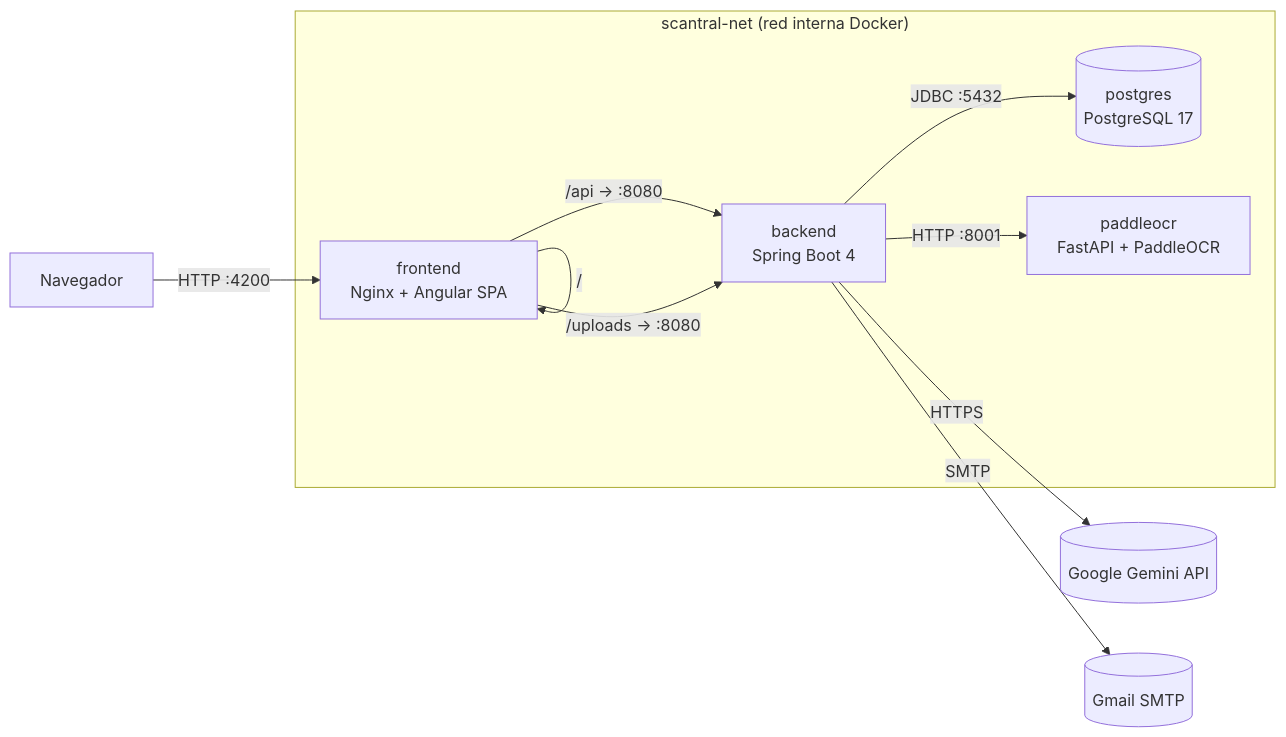
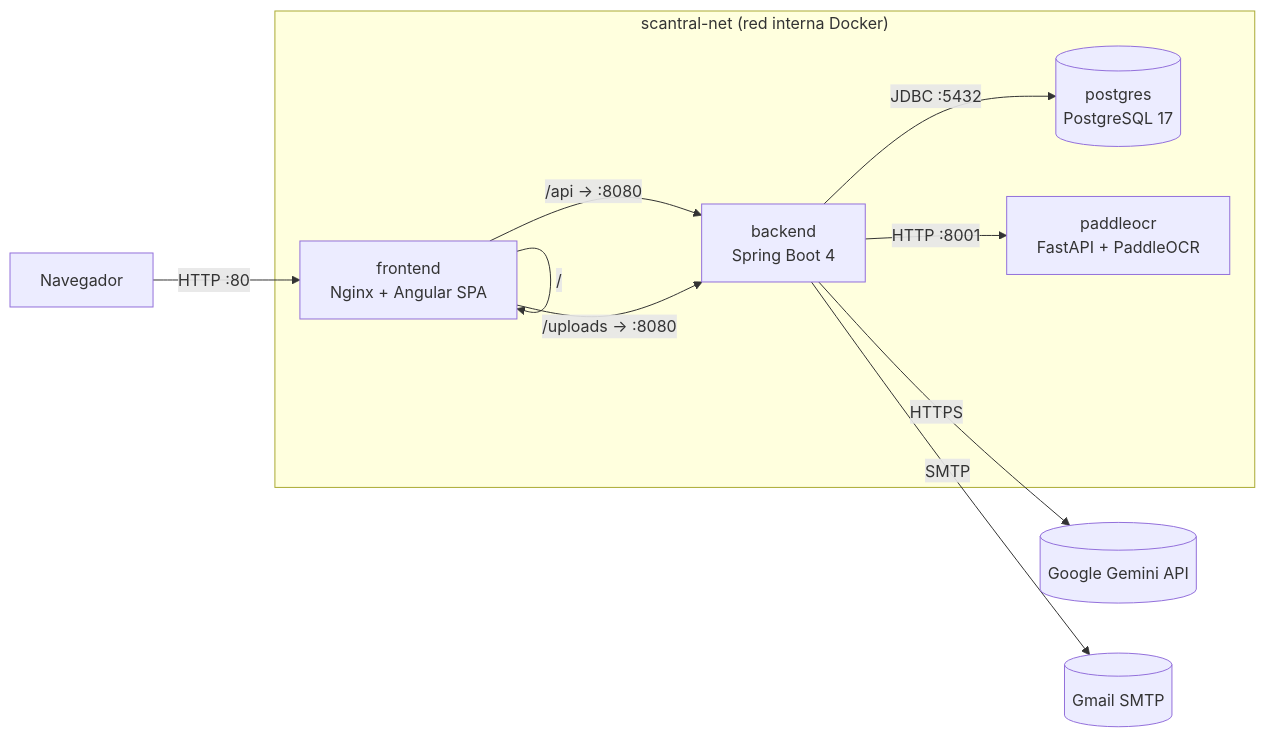
Before and after one commit to nolocardeno/Proyecto-Final: the diagram in docs/08-despliegue-eval.md, drawn with Mermaid. The commit also changed other lines of this file and 5 other files, not shown here.

````diff
--- a/docs/08-despliegue-eval.md
+++ b/docs/08-despliegue-eval.md
@@ -204,18 +204,18 @@
 ```mermaid
 flowchart LR
-    Browser["Navegador"] -->|HTTP :4200| FE["frontend<br/>Nginx + Angular SPA"]
+    Browser["Navegador"] -->|HTTP :80| FE["frontend<br/>Nginx + Angular SPA"]
     FE -->|/| FE
     FE -->|"/api → :8080"| BE["backend<br/>Spring Boot 4"]
     FE -->|"/uploads → :8080"| BE
     BE -->|JDBC :5432| DB[("postgres<br/>PostgreSQL 17")]
     BE -->|HTTP :8001| OCR["paddleocr<br/>FastAPI + PaddleOCR"]
     BE -->|HTTPS| Gemini[("Google Gemini API")]
     BE -->|SMTP| Mail[("Gmail SMTP")]
 
     subgraph "scantral-net (red interna Docker)"
         FE
         BE
         DB
         OCR
     end
 ```
````
